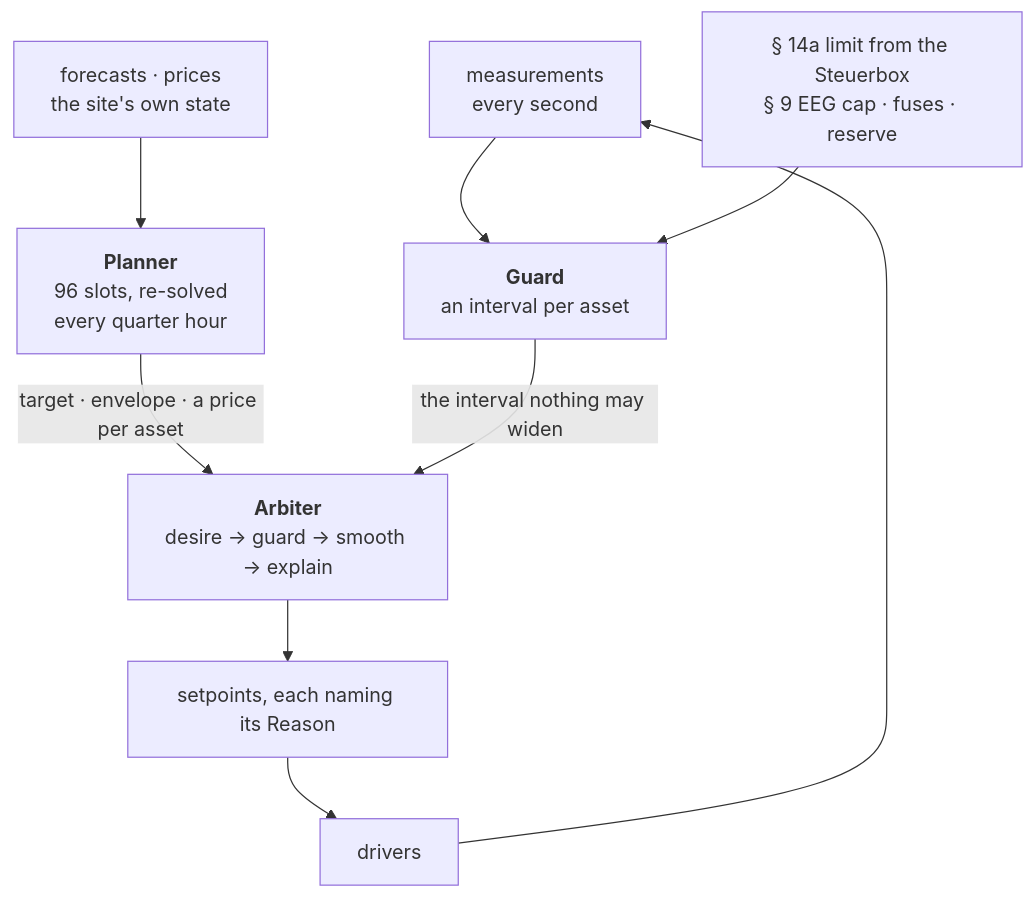
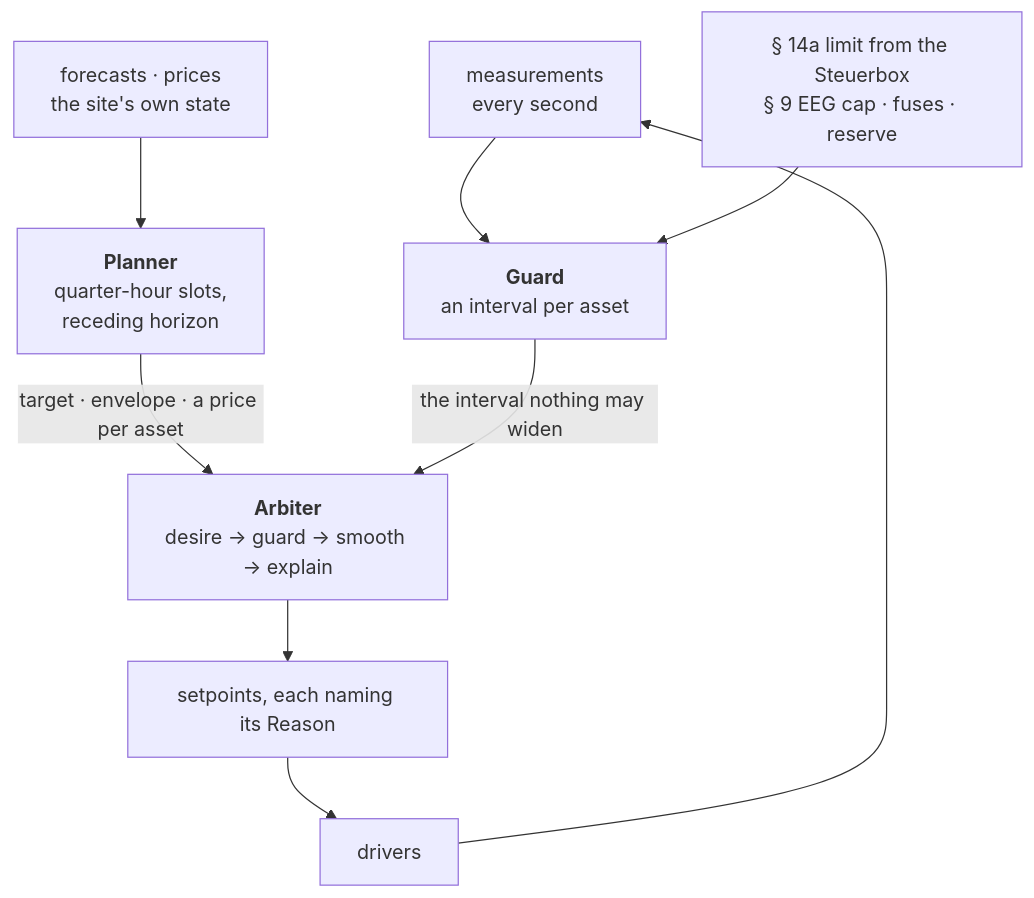
The diagram in site/content/docs/architecture.md (hupe1980/hems), drawn with Mermaid before and after one commit. The commit also changed other lines of this file and 43 other files, not shown here.

```diff
--- a/site/content/docs/architecture.md
+++ b/site/content/docs/architecture.md
@@ -18,12 +18,12 @@
 <pre class="mermaid">
 flowchart TB
   M["measurements<br/>every second"] --> G
   L["§ 14a limit from the Steuerbox<br/>§ 9 EEG cap · fuses · reserve"] --> G
   G["<b>Guard</b><br/>an interval per asset"]
-  F["forecasts · prices<br/>the site's own state"] --> P["<b>Planner</b><br/>96 slots, re-solved<br/>every quarter hour"]
+  F["forecasts · prices<br/>the site's own state"] --> P["<b>Planner</b><br/>quarter-hour slots,<br/>receding horizon"]
   P -- "target · envelope · a price per asset" --> A["<b>Arbiter</b><br/>desire → guard → smooth → explain"]
   G -- "the interval nothing may widen" --> A
   A --> S["setpoints, each naming its Reason"]
   S --> D["drivers"]
   D --> M
 </pre>
```
